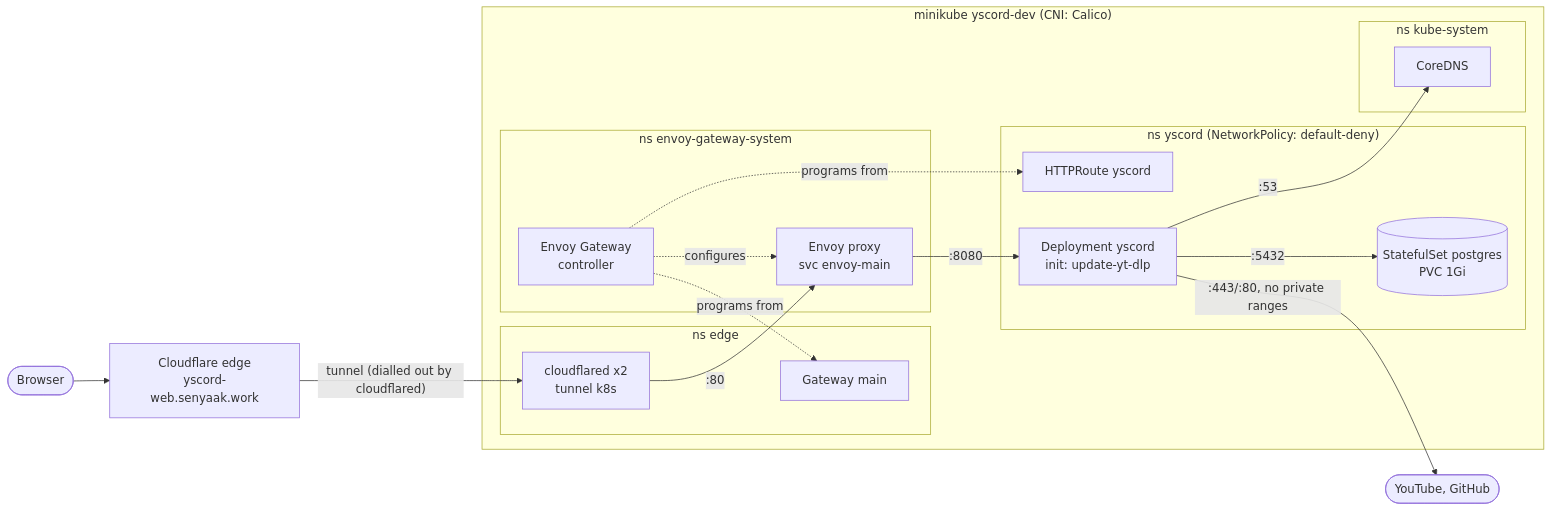
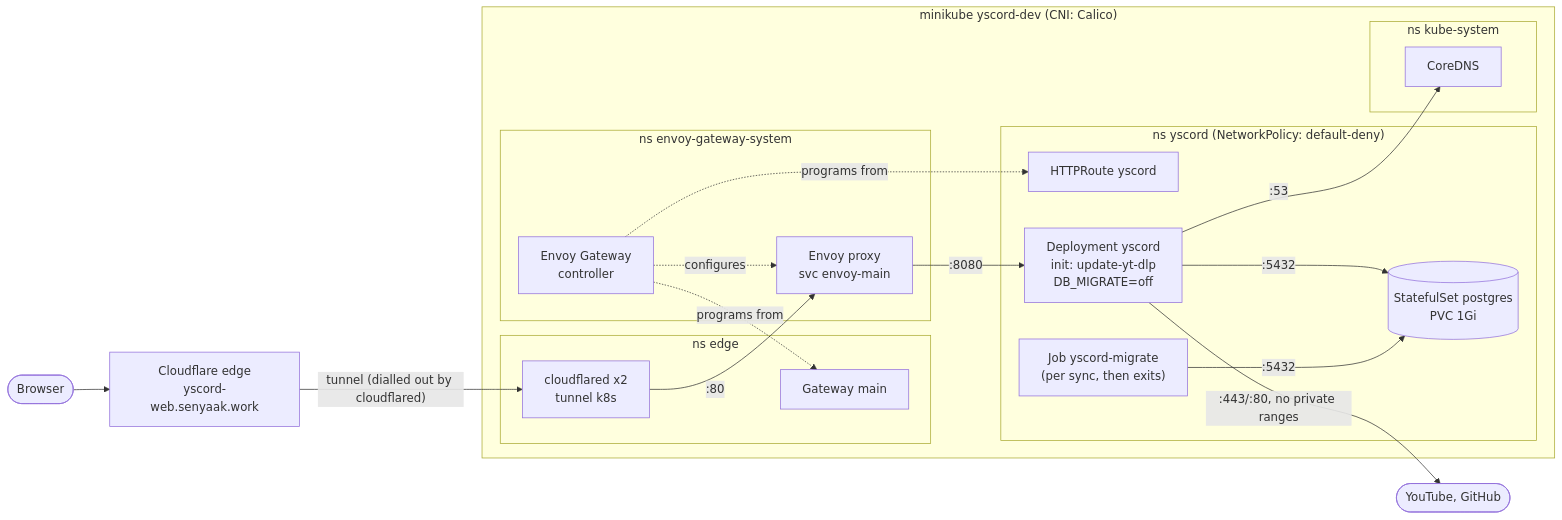
The first of 2 diagrams in docs/architecture.md (senyaak/yscord-web), drawn with Mermaid before and after one commit. The commit also changed other lines of this file, not shown here.

Commit message:
Architecture diagrams: migration Job and sync waves

````diff
--- a/docs/architecture.md
+++ b/docs/architecture.md
@@ -8,37 +8,39 @@
 ```mermaid
 flowchart LR
     browser([Browser]) --> cf["Cloudflare edge<br/>yscord-web.senyaak.work"]
 
     subgraph cluster["minikube yscord-dev (CNI: Calico)"]
         subgraph ns_edge["ns edge"]
             cfd["cloudflared x2<br/>tunnel k8s"]
             gw["Gateway main"]
         end
 
         subgraph ns_egs["ns envoy-gateway-system"]
             egc["Envoy Gateway<br/>controller"]
             envoy["Envoy proxy<br/>svc envoy-main"]
         end
 
         subgraph ns_yscord["ns yscord (NetworkPolicy: default-deny)"]
             route["HTTPRoute yscord"]
-            app["Deployment yscord<br/>init: update-yt-dlp"]
+            app["Deployment yscord<br/>init: update-yt-dlp<br/>DB_MIGRATE=off"]
+            mig["Job yscord-migrate<br/>(per sync, then exits)"]
             pg[("StatefulSet postgres<br/>PVC 1Gi")]
         end
 
         subgraph ns_kube["ns kube-system"]
             dns["CoreDNS"]
         end
     end
 
     cf -- "tunnel (dialled out by cloudflared)" --> cfd
     cfd -- ":80" --> envoy
     envoy -- ":8080" --> app
     app -- ":5432" --> pg
+    mig -- ":5432" --> pg
     app -- ":53" --> dns
     app -- ":443/:80, no private ranges" --> yt([YouTube, GitHub])
 
     egc -. "programs from" .-> gw
     egc -. "programs from" .-> route
     egc -. configures .-> envoy
 ```
````
